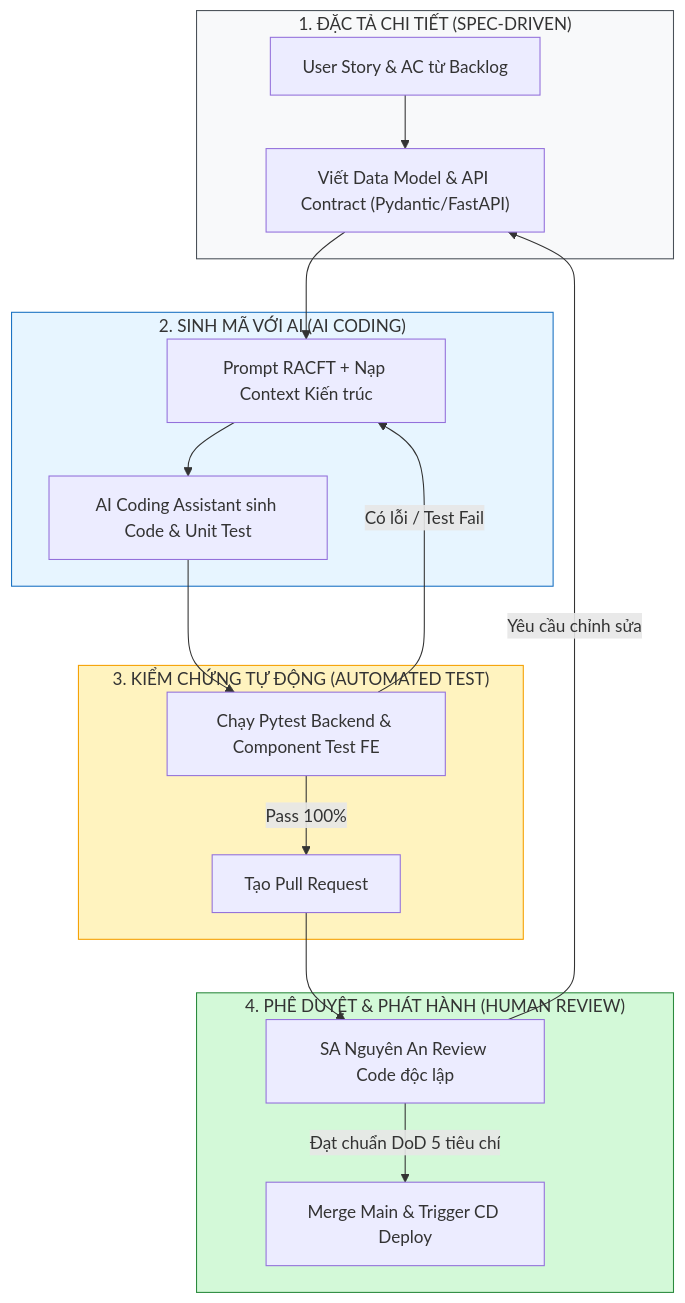
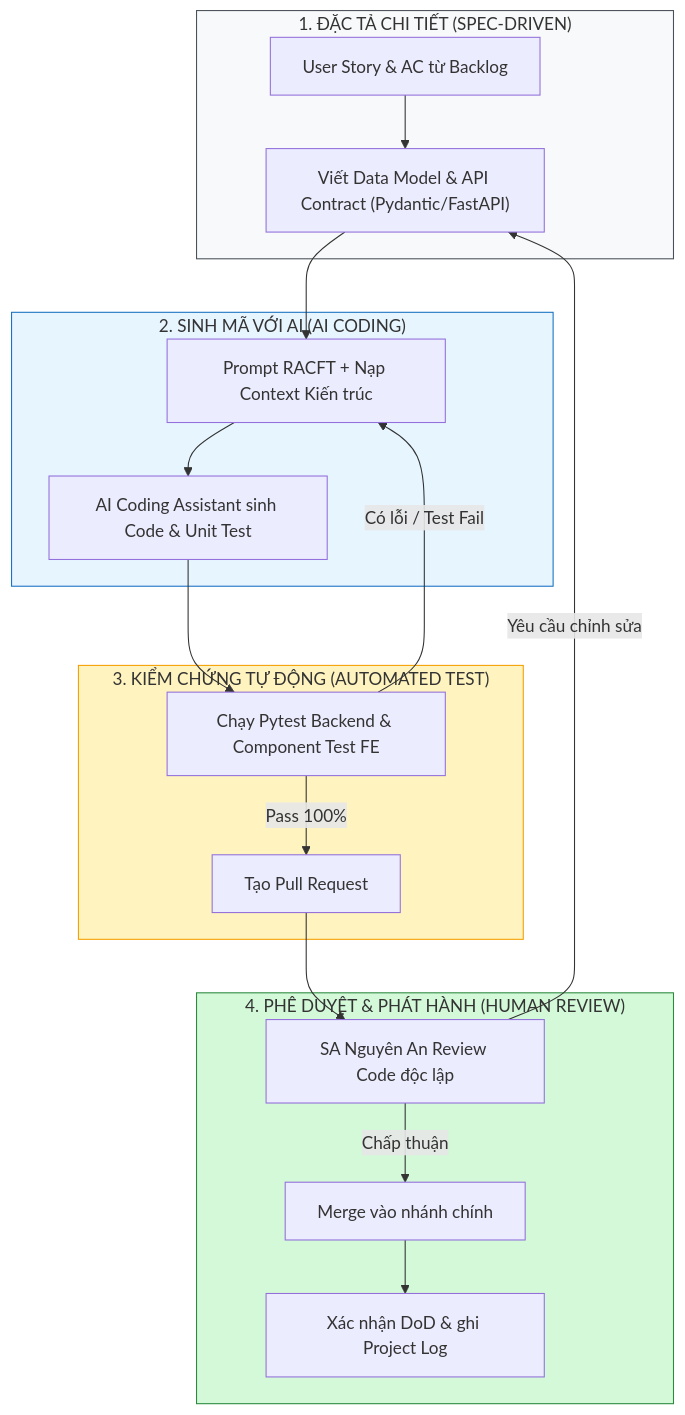
Before and after one commit to se-bros/hcmus-projectmanage--lab: the first of 3 diagrams in final-exam/preparation/4_Estimation_Planning_Process/README.md, drawn with Mermaid. The commit also changed other lines of this file and 7 other files, not shown here.

````diff
--- a/final-exam/preparation/4_Estimation_Planning_Process/README.md
+++ b/final-exam/preparation/4_Estimation_Planning_Process/README.md
@@ -70,28 +70,29 @@
 ```mermaid
 flowchart TD
     subgraph S1["1. ĐẶC TẢ CHI TIẾT (SPEC-DRIVEN)"]
         A["User Story & AC từ Backlog"] --> B["Viết Data Model & API Contract (Pydantic/FastAPI)"]
     end
 
     subgraph S2["2. SINH MÃ VỚI AI (AI CODING)"]
         B --> C["Prompt RACFT + Nạp Context Kiến trúc"]
         C --> D["AI Coding Assistant sinh Code & Unit Test"]
     end
 
     subgraph S3["3. KIỂM CHỨNG TỰ ĐỘNG (AUTOMATED TEST)"]
         D --> E["Chạy Pytest Backend & Component Test FE"]
         E -->|Có lỗi / Test Fail| C
         E -->|Pass 100%| F["Tạo Pull Request"]
     end
 
     subgraph S4["4. PHÊ DUYỆT & PHÁT HÀNH (HUMAN REVIEW)"]
         F --> G["SA Nguyên An Review Code độc lập"]
         G -->|Yêu cầu chỉnh sửa| B
-        G -->|Đạt chuẩn DoD 5 tiêu chí| H["Merge Main & Trigger CD Deploy"]
+        G -->|Chấp thuận| H["Merge vào nhánh chính"]
+        H --> I["Xác nhận DoD & ghi Project Log"]
     end
 
     style S1 fill:#f8f9fa,stroke:#495057
     style S2 fill:#e7f5ff,stroke:#1971c2
     style S3 fill:#fff3bf,stroke:#f59f00
     style S4 fill:#d3f9d8,stroke:#2b8a3e
 ```
````
